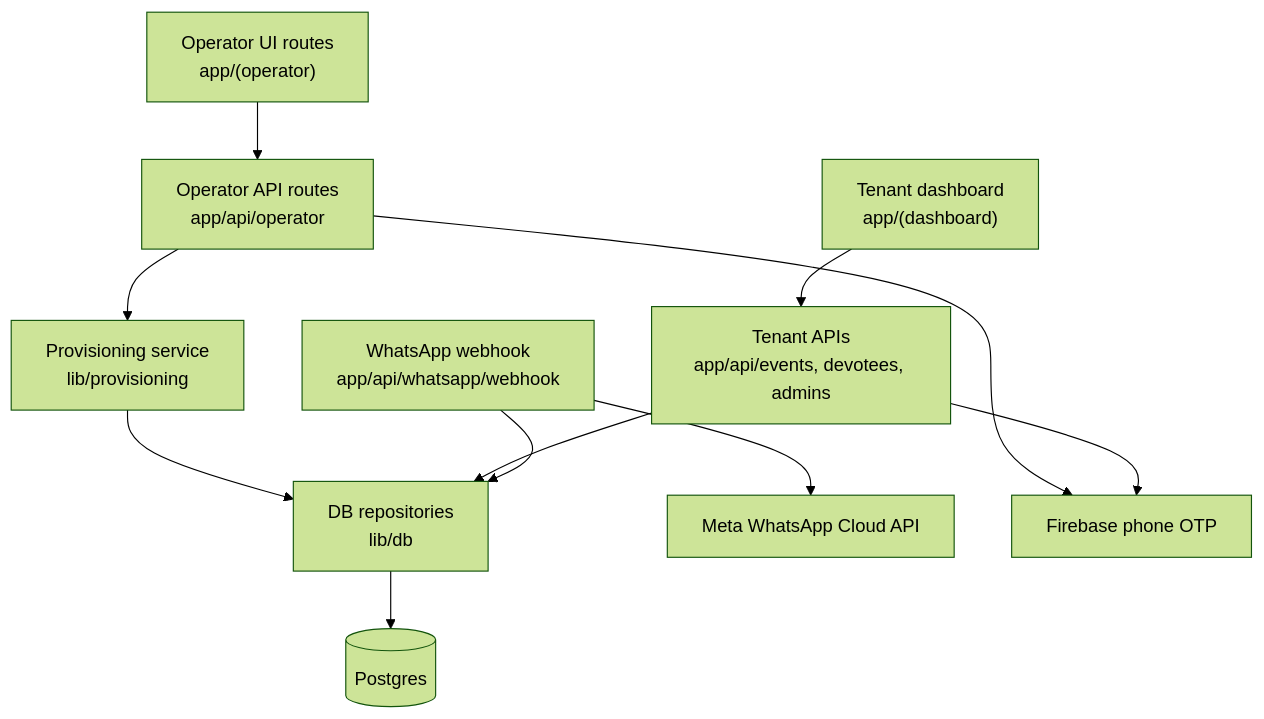
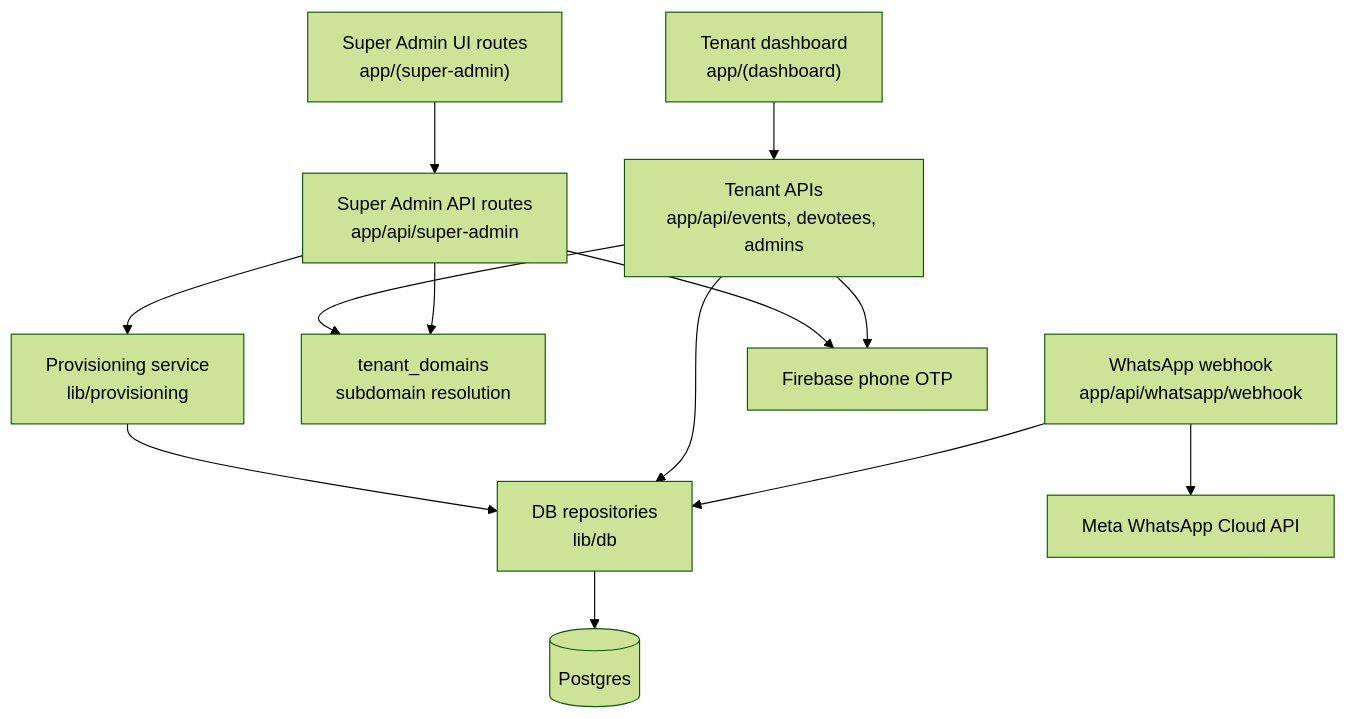
Before and after one commit to SusanthKakarla/TempleOS: the first of 3 diagrams in _bmad-output/planning-artifacts/architecture/architecture-templeOS-super-admin-panel-2026-07-18/ARCHITECTURE-SPINE.md, drawn with Mermaid (forest theme). The commit also changed other lines of this file and 40 other files, not shown here.

Commit message:
Seed roles and first super admin

````diff
--- a/_bmad-output/planning-artifacts/architecture/architecture-templeOS-super-admin-panel-2026-07-18/ARCHITECTURE-SPINE.md
+++ b/_bmad-output/planning-artifacts/architecture/architecture-templeOS-super-admin-panel-2026-07-18/ARCHITECTURE-SPINE.md
@@ -36,24 +43,27 @@
 ```mermaid
 flowchart TD
-  OperatorUI["Operator UI routes\napp/(operator)"]
-  OperatorAPI["Operator API routes\napp/api/operator"]
+  SuperAdminUI["Super Admin UI routes\napp/(super-admin)"]
+  SuperAdminAPI["Super Admin API routes\napp/api/super-admin"]
   Provisioning["Provisioning service\nlib/provisioning"]
   Repositories["DB repositories\nlib/db"]
   Postgres[("Postgres")]
   TenantUI["Tenant dashboard\napp/(dashboard)"]
   TenantAPI["Tenant APIs\napp/api/events, devotees, admins"]
+  Subdomain["tenant_domains\nsubdomain resolution"]
   Webhook["WhatsApp webhook\napp/api/whatsapp/webhook"]
   Meta["Meta WhatsApp Cloud API"]
   Firebase["Firebase phone OTP"]
 
-  OperatorUI --> OperatorAPI
-  OperatorAPI --> Provisioning
+  SuperAdminUI --> SuperAdminAPI
+  SuperAdminAPI --> Provisioning
   Provisioning --> Repositories
   TenantUI --> TenantAPI
+  TenantAPI --> Subdomain
+  SuperAdminAPI --> Subdomain
   TenantAPI --> Repositories
   Webhook --> Repositories
   Repositories --> Postgres
-  OperatorAPI --> Firebase
+  SuperAdminAPI --> Firebase
   TenantAPI --> Firebase
   Webhook --> Meta
 ```
````
